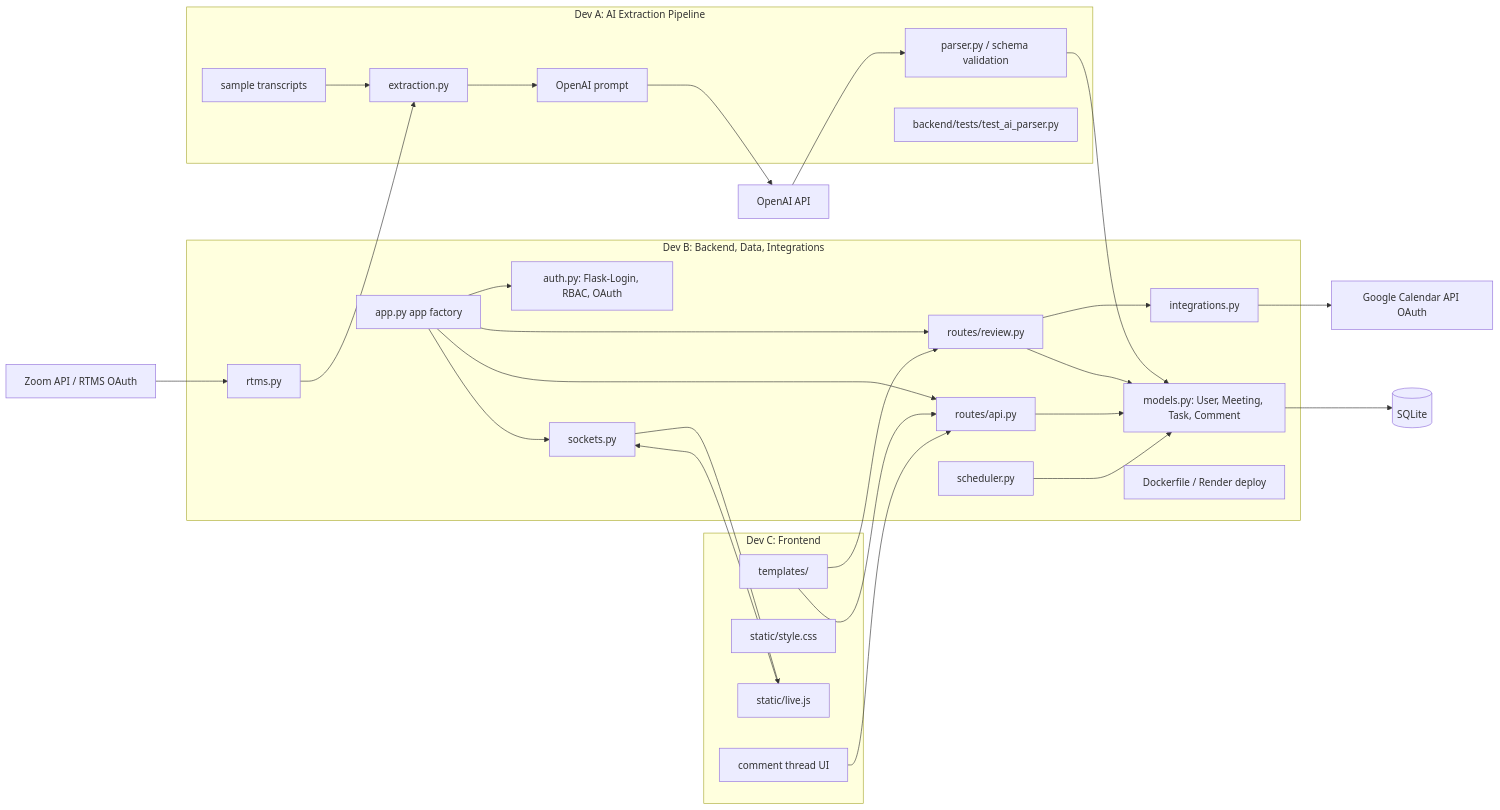
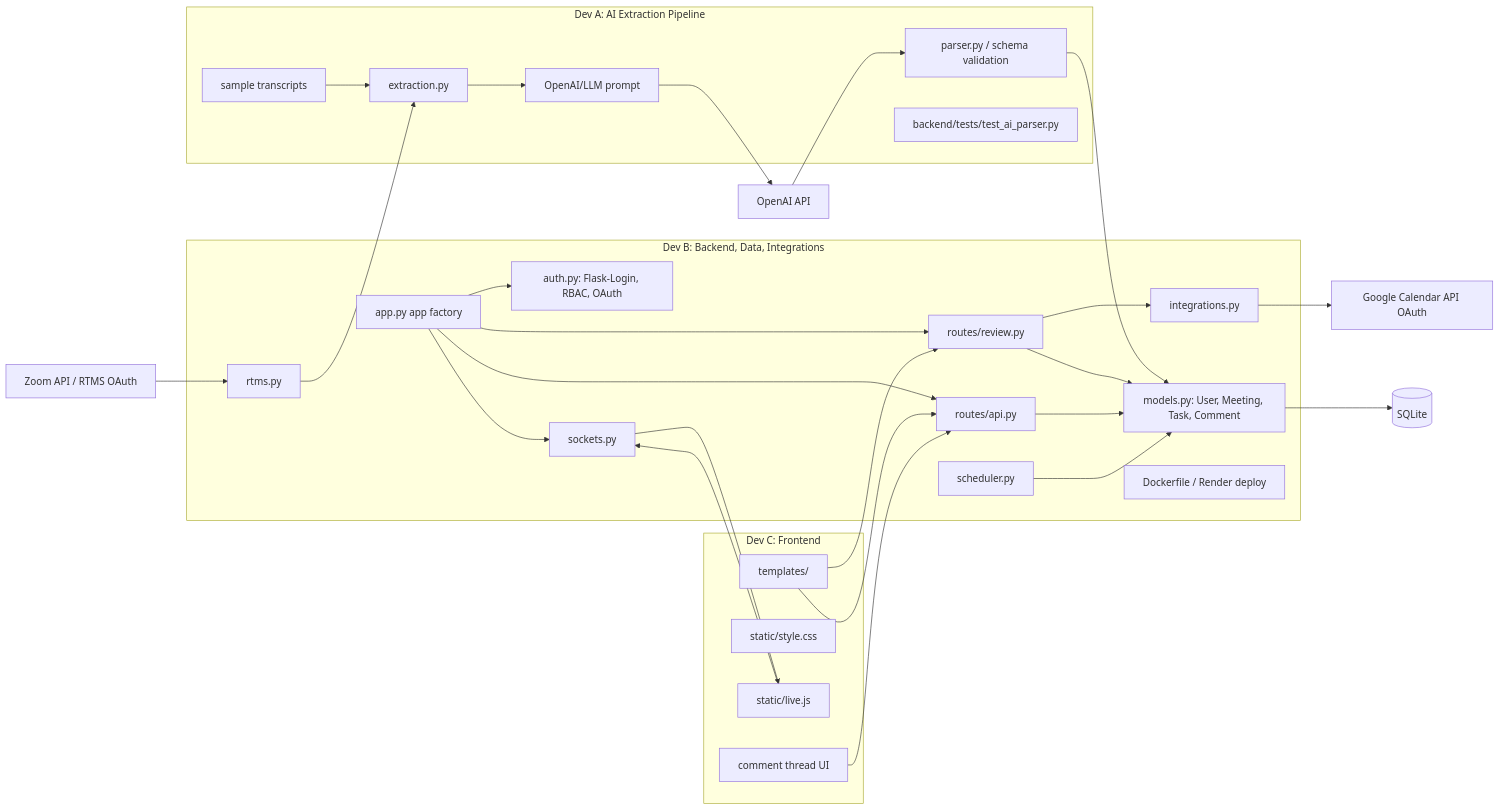
Before and after one commit to JaydenManyrath/Nudge: the second of 2 diagrams in docs/system_diagram.md, drawn with Mermaid. The commit also changed other lines of this file and 34 other files, not shown here.

````diff
--- a/docs/system_diagram.md
+++ b/docs/system_diagram.md
@@ -55,60 +55,60 @@
 ```mermaid
 flowchart LR
     subgraph DevA["Dev A: AI Extraction Pipeline"]
         Samples["sample transcripts"]
         Extraction["extraction.py"]
-        Prompt["OpenAI prompt"]
+        Prompt["OpenAI/LLM prompt"]
         Parser["parser.py / schema validation"]
         ATests["backend/tests/test_ai_parser.py"]
     end
 
     subgraph DevB["Dev B: Backend, Data, Integrations"]
         App["app.py app factory"]
         Models["models.py: User, Meeting, Task, Comment"]
         Auth["auth.py: Flask-Login, RBAC, OAuth"]
         Review["routes/review.py"]
         API["routes/api.py"]
         RTMS["rtms.py"]
         Sockets["sockets.py"]
         Integrations["integrations.py"]
         Scheduler["scheduler.py"]
         Docker["Dockerfile / Render deploy"]
     end
 
     subgraph DevC["Dev C: Frontend"]
         Templates["templates/"]
         CSS["static/style.css"]
         LiveJS["static/live.js"]
         Comments["comment thread UI"]
     end
 
     Zoom["Zoom API / RTMS OAuth"]
-    LLM["OpenAI API"]
+    OpenAI["OpenAI API"]
     Google["Google Calendar API OAuth"]
     DB[("SQLite")]
 
     Samples --> Extraction
     Zoom --> RTMS
     RTMS --> Extraction
     Extraction --> Prompt
-    Prompt --> LLM
-    LLM --> Parser
+    Prompt --> OpenAI
+    OpenAI --> Parser
     Parser --> Models
     Models --> DB
 
     App --> Auth
     App --> Review
     App --> API
     App --> Sockets
     Review --> Models
     API --> Models
     Scheduler --> Models
     Integrations --> Google
     Review --> Integrations
     Sockets --> LiveJS
 
     Templates --> Review
     Templates --> API
     LiveJS --> Sockets
     Comments --> API
 ```
````
